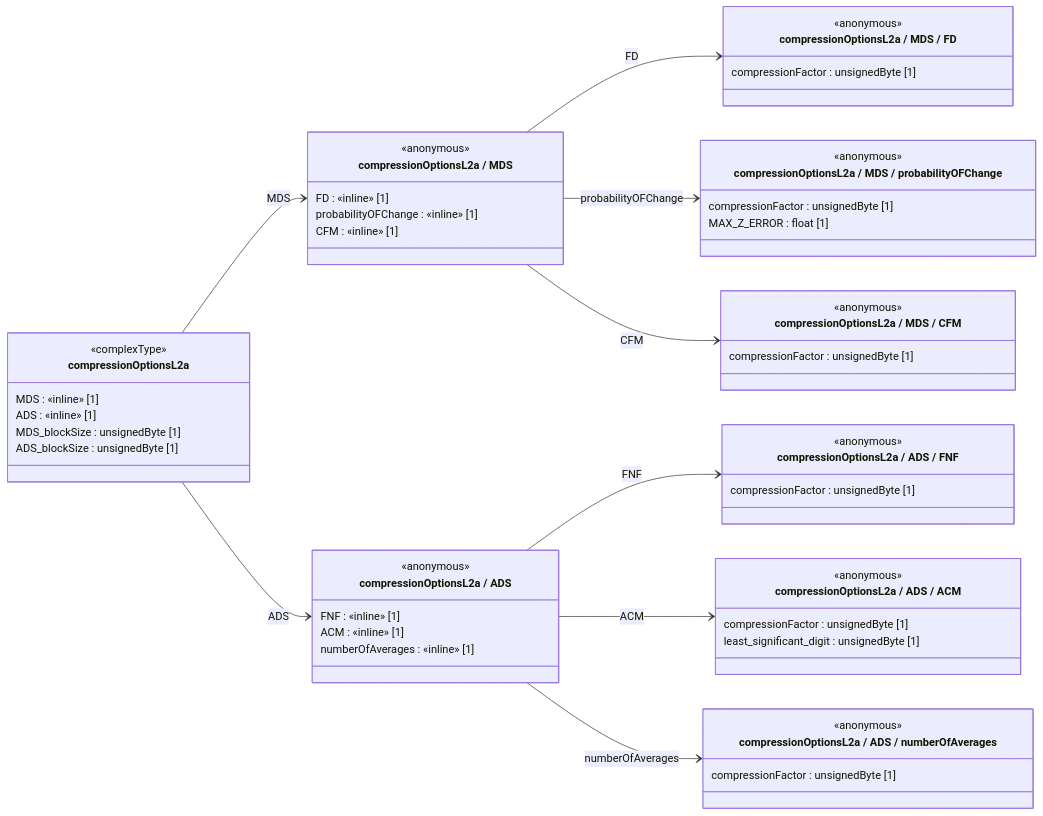
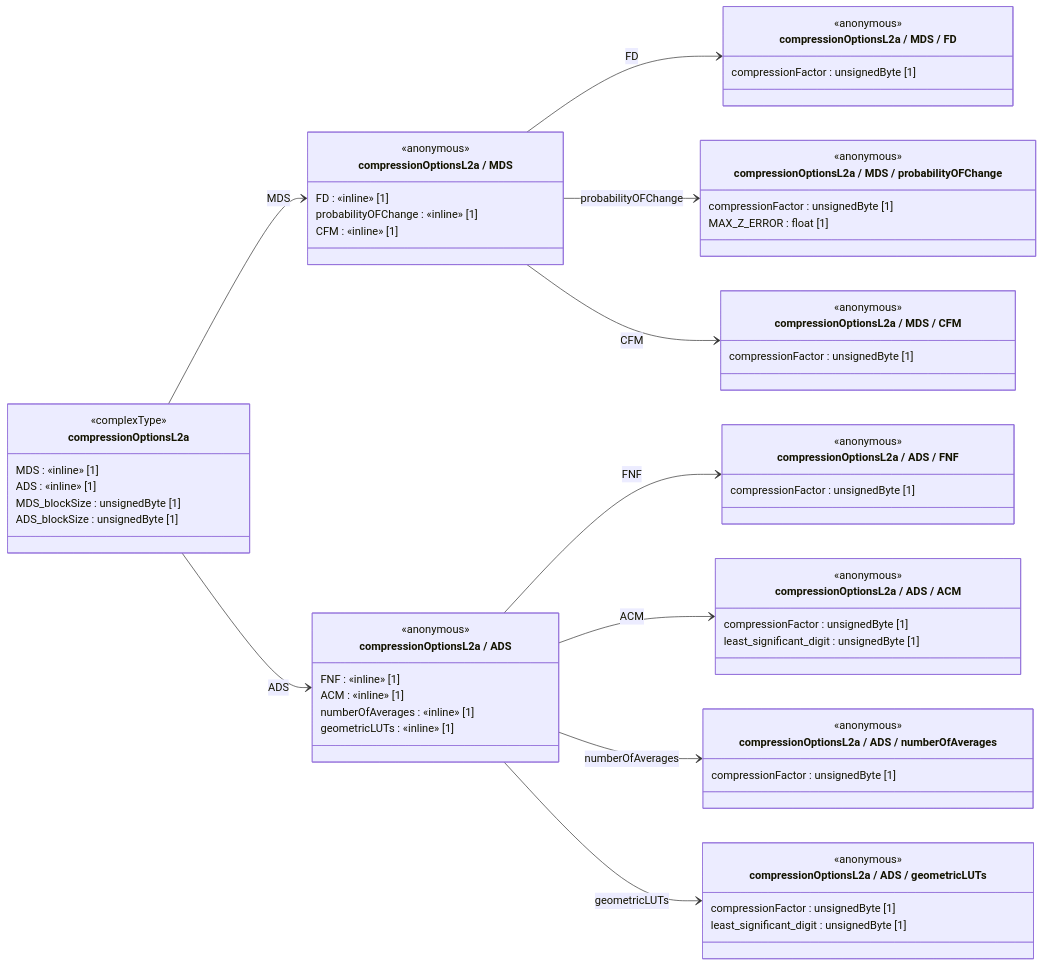
Before and after one commit to BioPAL/BPS: diagram 12 of 14 in docs/science-guide/pfd-l2-fd/04-l2a-products-format-specification.md, drawn with Mermaid. The commit also changed other lines of this file and 37 other files, not shown here.

````diff
--- a/docs/science-guide/pfd-l2-fd/04-l2a-products-format-specification.md
+++ b/docs/science-guide/pfd-l2-fd/04-l2a-products-format-specification.md
@@ -1103,58 +1105,65 @@
 ```{mermaid}
 %%{init: {"class": {"useMaxWidth": false}, "state": {"useMaxWidth": false}}}%%
 classDiagram
   direction LR
   class compressionOptionsL2a {
     <<complexType>>
     MDS : «inline» [1]
     ADS : «inline» [1]
     MDS_blockSize : unsignedByte [1]
     ADS_blockSize : unsignedByte [1]
   }
   class compressionOptionsL2a_MDS["compressionOptionsL2a / MDS"] {
     <<anonymous>>
     FD : «inline» [1]
     probabilityOFChange : «inline» [1]
     CFM : «inline» [1]
   }
   class compressionOptionsL2a_ADS["compressionOptionsL2a / ADS"] {
     <<anonymous>>
     FNF : «inline» [1]
     ACM : «inline» [1]
     numberOfAverages : «inline» [1]
+    geometricLUTs : «inline» [1]
   }
   class compressionOptionsL2a_MDS_FD["compressionOptionsL2a / MDS / FD"] {
     <<anonymous>>
     compressionFactor : unsignedByte [1]
   }
   class compressionOptionsL2a_MDS_probabilityOFChange["compressionOptionsL2a / MDS / probabilityOFChange"] {
     <<anonymous>>
     compressionFactor : unsignedByte [1]
     MAX_Z_ERROR : float [1]
   }
   class compressionOptionsL2a_MDS_CFM["compressionOptionsL2a / MDS / CFM"] {
     <<anonymous>>
     compressionFactor : unsignedByte [1]
   }
   class compressionOptionsL2a_ADS_FNF["compressionOptionsL2a / ADS / FNF"] {
     <<anonymous>>
     compressionFactor : unsignedByte [1]
   }
   class compressionOptionsL2a_ADS_ACM["compressionOptionsL2a / ADS / ACM"] {
     <<anonymous>>
     compressionFactor : unsignedByte [1]
     least_significant_digit : unsignedByte [1]
   }
   class compressionOptionsL2a_ADS_numberOfAverages["compressionOptionsL2a / ADS / numberOfAverages"] {
     <<anonymous>>
     compressionFactor : unsignedByte [1]
   }
+  class compressionOptionsL2a_ADS_geometricLUTs["compressionOptionsL2a / ADS / geometricLUTs"] {
+    <<anonymous>>
+    compressionFactor : unsignedByte [1]
+    least_significant_digit : unsignedByte [1]
+  }
   compressionOptionsL2a --> compressionOptionsL2a_MDS : MDS
   compressionOptionsL2a --> compressionOptionsL2a_ADS : ADS
   compressionOptionsL2a_MDS --> compressionOptionsL2a_MDS_FD : FD
   compressionOptionsL2a_MDS --> compressionOptionsL2a_MDS_probabilityOFChange : probabilityOFChange
   compressionOptionsL2a_MDS --> compressionOptionsL2a_MDS_CFM : CFM
   compressionOptionsL2a_ADS --> compressionOptionsL2a_ADS_FNF : FNF
   compressionOptionsL2a_ADS --> compressionOptionsL2a_ADS_ACM : ACM
   compressionOptionsL2a_ADS --> compressionOptionsL2a_ADS_numberOfAverages : numberOfAverages
+  compressionOptionsL2a_ADS --> compressionOptionsL2a_ADS_geometricLUTs : geometricLUTs
 ```
````
